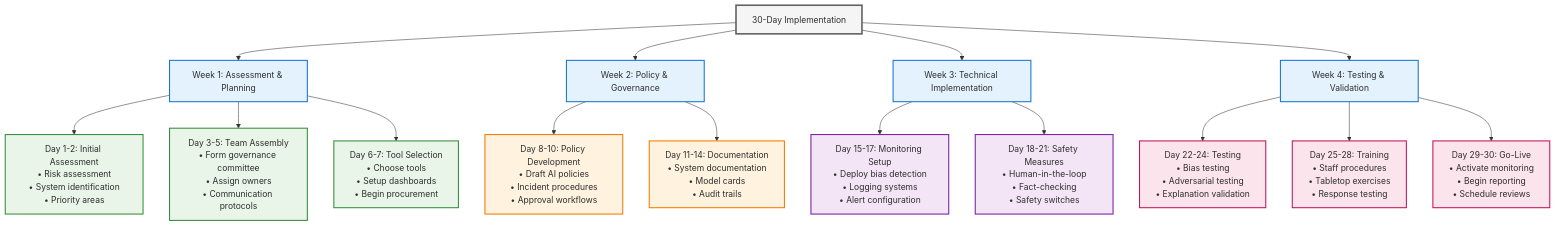
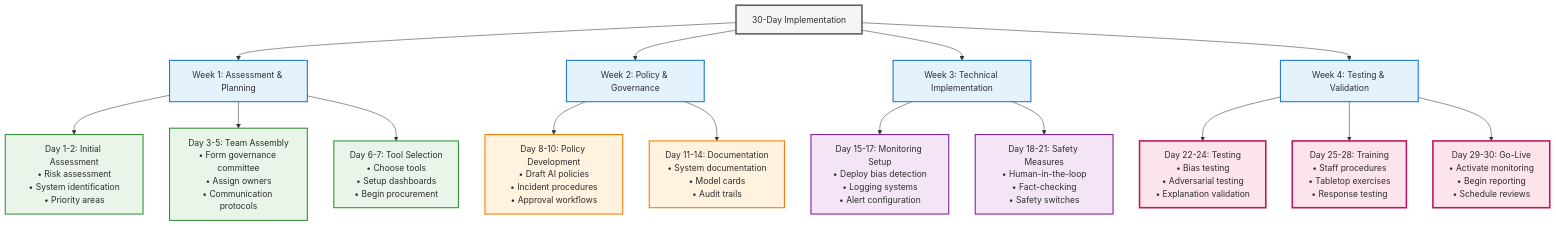
Diagram 13 of 13 in 38-ai-risk-management.md (raphaelmansuy/tutorials), drawn with Mermaid before and after one commit. The commit also changed other lines of this file, not shown here.

````diff
--- a/38-ai-risk-management.md
+++ b/38-ai-risk-management.md
@@ -859,38 +890,38 @@
 ```mermaid
 graph TD
     A[30-Day Implementation] --> B[Week 1: Assessment & Planning]
     A --> C[Week 2: Policy & Governance]
     A --> D[Week 3: Technical Implementation]
     A --> E[Week 4: Testing & Validation]
     
     B --> B1[Day 1-2: Initial Assessment<br/>• Risk assessment<br/>• System identification<br/>• Priority areas]
     B --> B2[Day 3-5: Team Assembly<br/>• Form governance committee<br/>• Assign owners<br/>• Communication protocols]
     B --> B3[Day 6-7: Tool Selection<br/>• Choose tools<br/>• Setup dashboards<br/>• Begin procurement]
     
     C --> C1[Day 8-10: Policy Development<br/>• Draft AI policies<br/>• Incident procedures<br/>• Approval workflows]
     C --> C2[Day 11-14: Documentation<br/>• System documentation<br/>• Model cards<br/>• Audit trails]
     
     D --> D1[Day 15-17: Monitoring Setup<br/>• Deploy bias detection<br/>• Logging systems<br/>• Alert configuration]
     D --> D2[Day 18-21: Safety Measures<br/>• Human-in-the-loop<br/>• Fact-checking<br/>• Safety switches]
     
     E --> E1[Day 22-24: Testing<br/>• Bias testing<br/>• Adversarial testing<br/>• Explanation validation]
     E --> E2[Day 25-28: Training<br/>• Staff procedures<br/>• Tabletop exercises<br/>• Response testing]
     E --> E3[Day 29-30: Go-Live<br/>• Activate monitoring<br/>• Begin reporting<br/>• Schedule reviews]
     
     classDef week fill:#E3F2FD,stroke:#1976D2,stroke-width:2px,color:#2E2E2E
     classDef assessment fill:#E8F5E8,stroke:#388E3C,stroke-width:2px,color:#2E2E2E
     classDef policy fill:#FFF3E0,stroke:#F57C00,stroke-width:2px,color:#2E2E2E
     classDef technical fill:#F3E5F5,stroke:#7B1FA2,stroke-width:2px,color:#2E2E2E
-    classDef validation fill:#FCE4EC,stroke:#C2185B,stroke-width:2px,color:#2E2E2E
+    classDef validation fill:#FCE4EC,stroke:#C2185B,stroke-width:3px,color:#2E2E2E
     classDef main fill:#F5F5F5,stroke:#616161,stroke-width:3px,color:#2E2E2E
     
     class A main
     class B week
     class C week
     class D week
     class E week
     class B1,B2,B3 assessment
     class C1,C2 policy
     class D1,D2 technical
     class E1,E2,E3 validation
 ```
````
